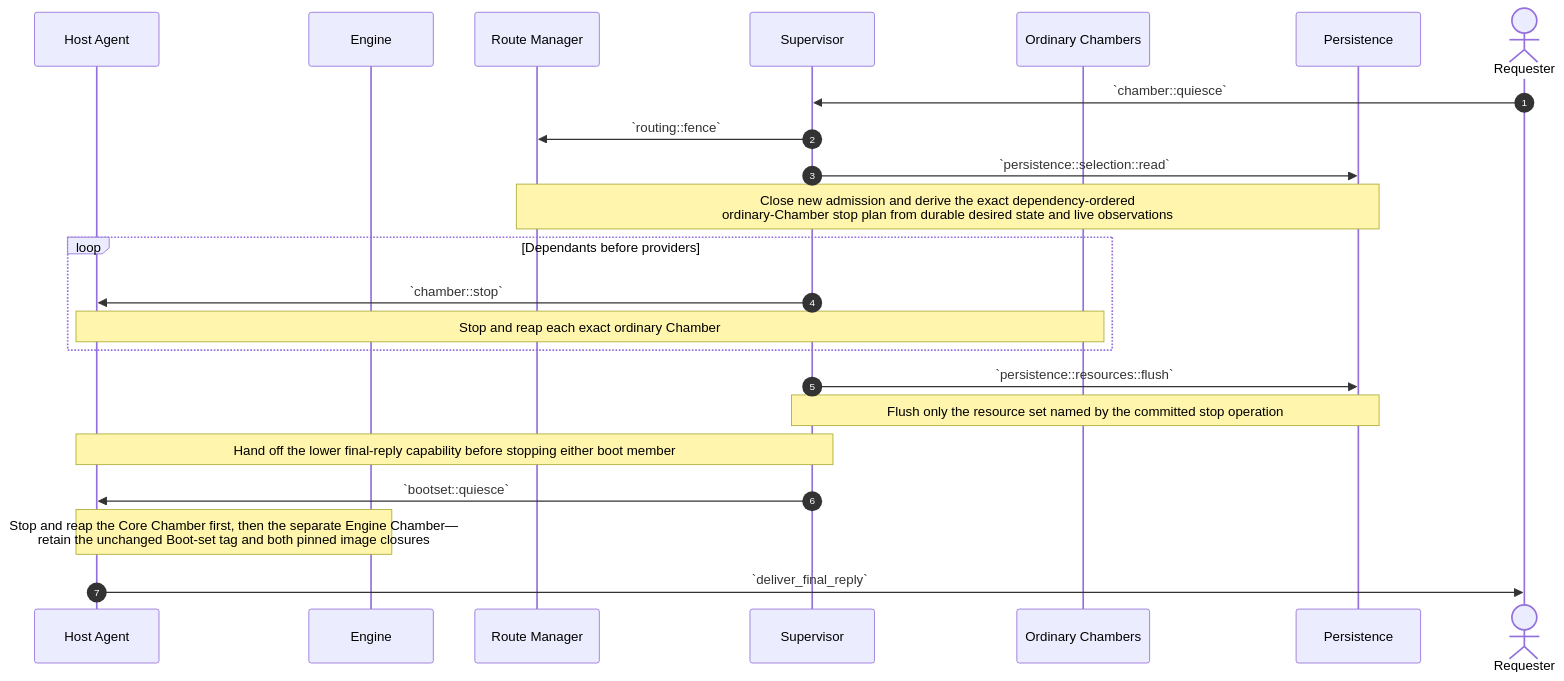
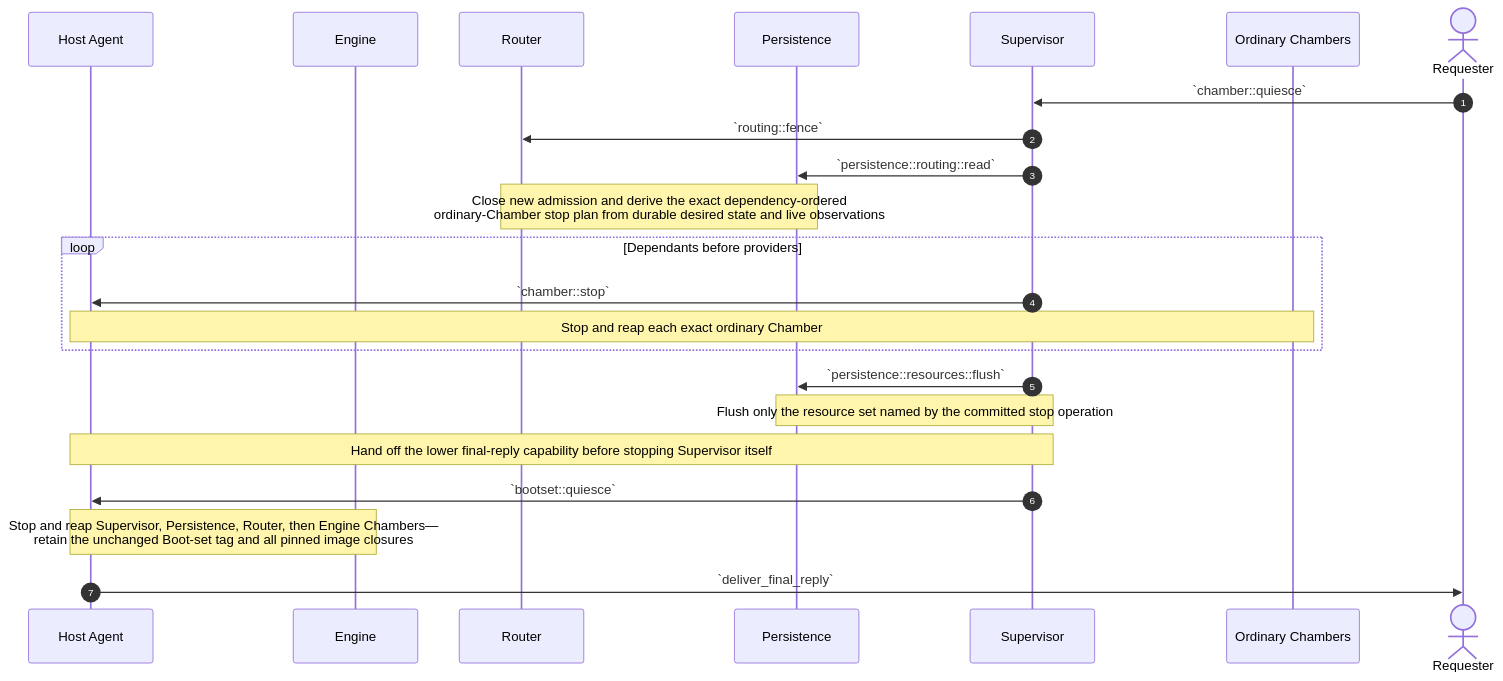
One commit to dreamcatcher-tech/chambers-lifecycle-explorer changed diagram 14 of 15 in source/chambers-lifecycle-sequences.md. Above: the diagram before and after it, drawn with Mermaid. The commit also changed other lines of this file and 9 other files, not shown here.

````diff
--- a/source/chambers-lifecycle-sequences.md
+++ b/source/chambers-lifecycle-sequences.md
@@ -1276,28 +1456,28 @@
 ```mermaid
 sequenceDiagram
     autonumber
     participant HostAgent as Host Agent
     participant Engine
-    participant RouteManager as Route Manager
+    participant Router as Router
+    participant Persistence
     participant Supervisor
     participant Members as Ordinary Chambers
-    participant Persistence
     actor Requester
 
     Requester->>Supervisor: `chamber::quiesce`
-    Supervisor->>RouteManager: `routing::fence`
-    Supervisor->>Persistence: `persistence::selection::read`
-    Note over RouteManager,Persistence: Close new admission and derive the exact dependency-ordered<br/>ordinary-Chamber stop plan from durable desired state and live observations
+    Supervisor->>Router: `routing::fence`
+    Supervisor->>Persistence: `persistence::routing::read`
+    Note over Router,Persistence: Close new admission and derive the exact dependency-ordered<br/>ordinary-Chamber stop plan from durable desired state and live observations
 
     loop Dependants before providers
         Supervisor->>HostAgent: `chamber::stop`
         Note over HostAgent,Members: Stop and reap each exact ordinary Chamber
     end
 
     Supervisor->>Persistence: `persistence::resources::flush`
     Note over Supervisor,Persistence: Flush only the resource set named by the committed stop operation
-    Note over Supervisor,HostAgent: Hand off the lower final-reply capability before stopping either boot member
+    Note over Supervisor,HostAgent: Hand off the lower final-reply capability before stopping Supervisor itself
     Supervisor->>HostAgent: `bootset::quiesce`
-    Note over HostAgent,Engine: Stop and reap the Core Chamber first, then the separate Engine Chamber—<br/>retain the unchanged Boot-set tag and both pinned image closures
+    Note over HostAgent,Engine: Stop and reap Supervisor, Persistence, Router, then Engine Chambers—<br/>retain the unchanged Boot-set tag and all pinned image closures
     HostAgent->>Requester: `deliver_final_reply`
 ```
````
